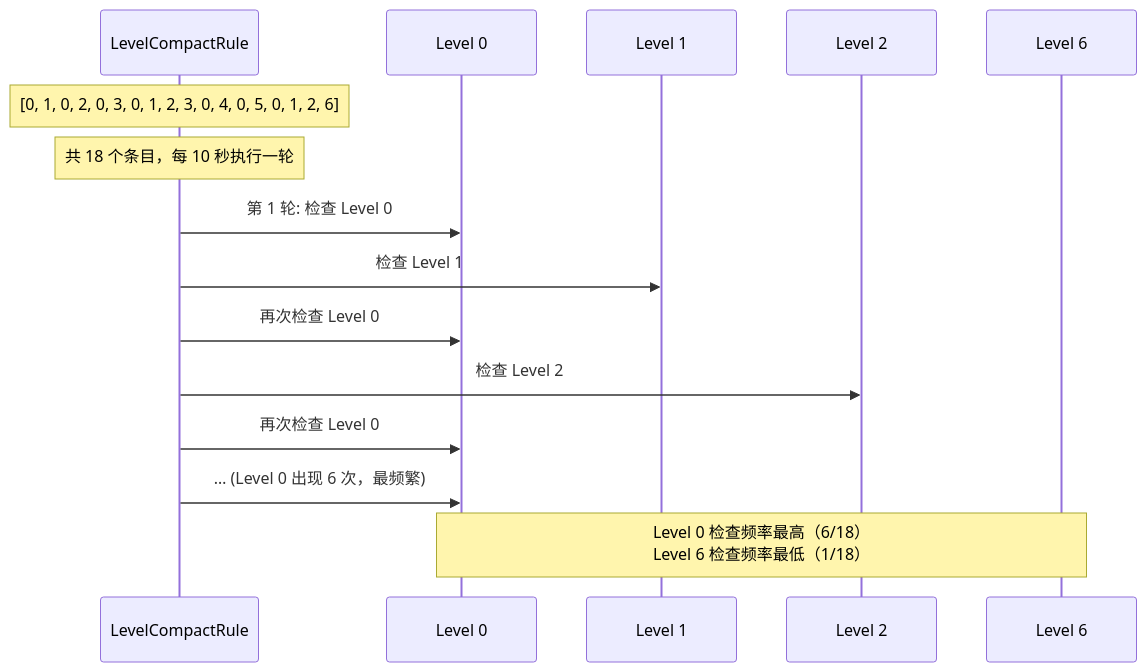
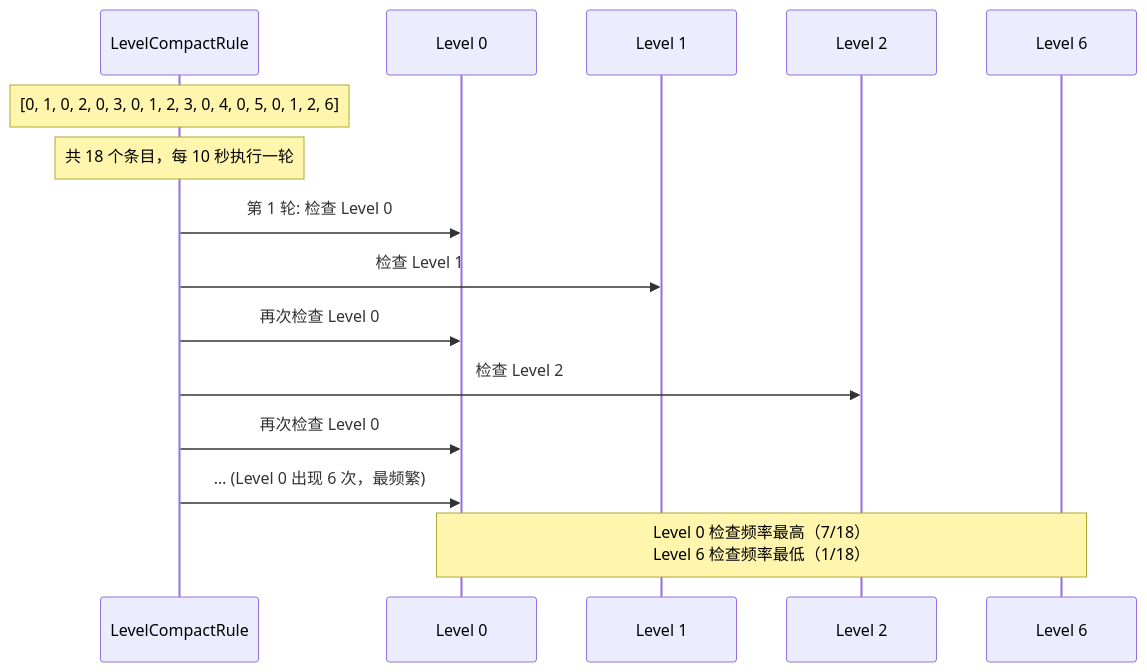
One commit to stefanv5/openGemini changed the sixth of 33 diagrams in docs/specs/04_background_tasks_spec.md. Above: the diagram before and after it, drawn with Mermaid. The commit also changed other lines of this file and 37 other files, not shown here.

````diff
--- a/docs/specs/04_background_tasks_spec.md
+++ b/docs/specs/04_background_tasks_spec.md
@@ -576,20 +579,20 @@
 ```mermaid
 sequenceDiagram
     participant Rule as LevelCompactRule
     participant L0 as Level 0
     participant L1 as Level 1
     participant L2 as Level 2
     participant L6 as Level 6
 
     Note over Rule: [0, 1, 0, 2, 0, 3, 0, 1, 2, 3, 0, 4, 0, 5, 0, 1, 2, 6]
     Note over Rule: 共 18 个条目，每 10 秒执行一轮
 
     Rule->>L0: 第 1 轮: 检查 Level 0
     Rule->>L1: 检查 Level 1
     Rule->>L0: 再次检查 Level 0
     Rule->>L2: 检查 Level 2
     Rule->>L0: 再次检查 Level 0
     Rule->>L0: … (Level 0 出现 6 次，最频繁)
 
-    Note over L0,L6: Level 0 检查频率最高（6/18）<br/>Level 6 检查频率最低（1/18）
+    Note over L0,L6: Level 0 检查频率最高（7/18）<br/>Level 6 检查频率最低（1/18）
 ```
````
